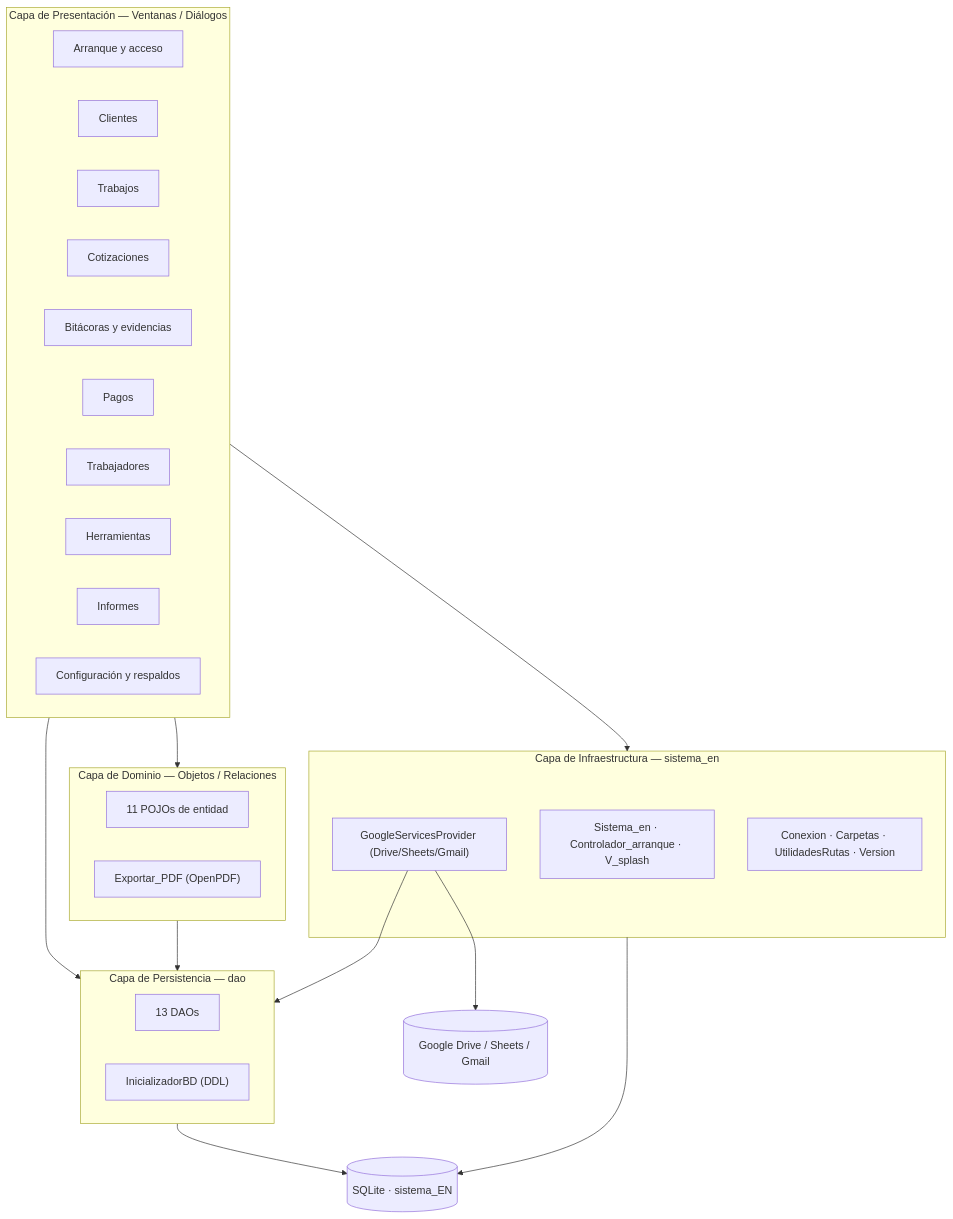
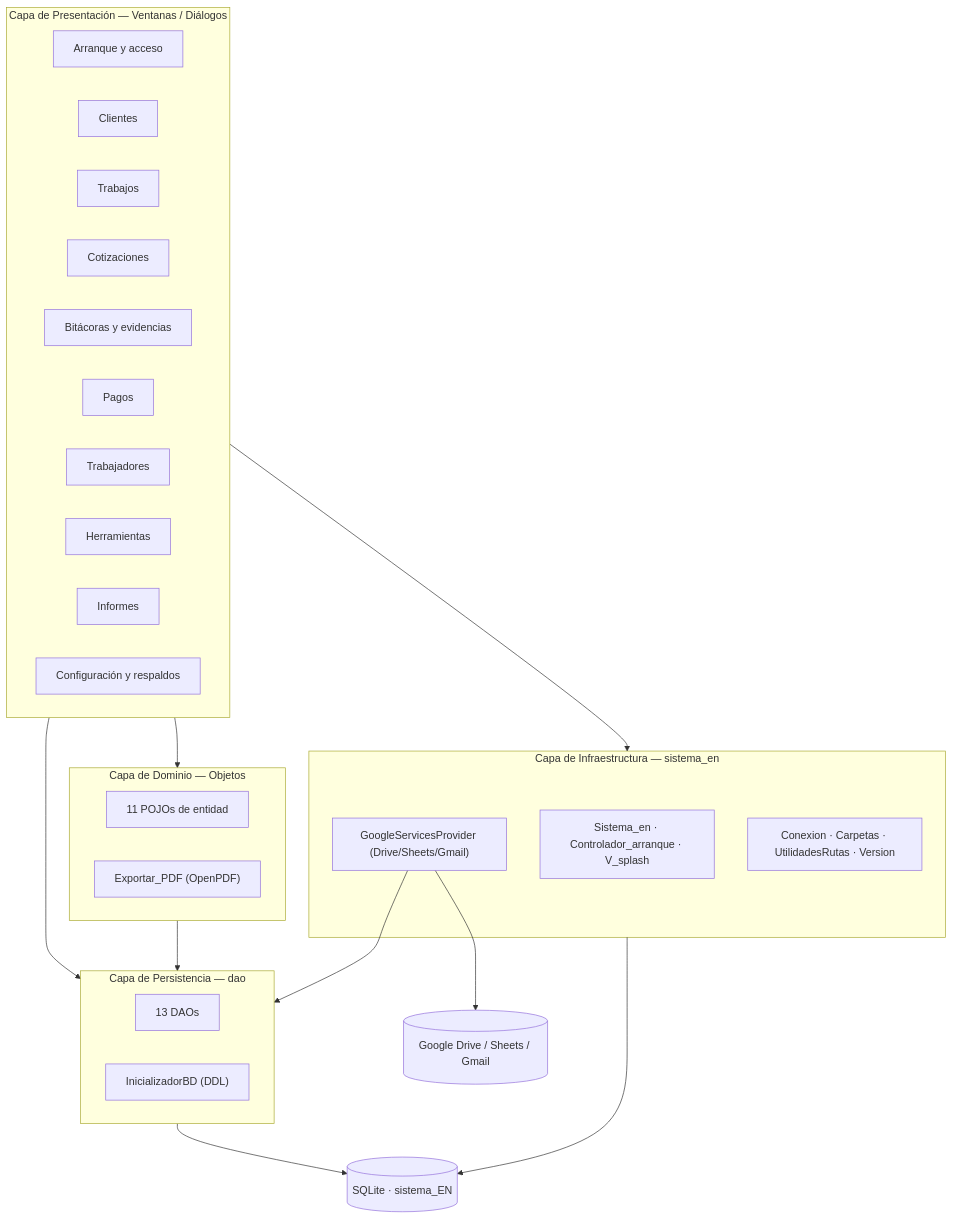
Before and after one commit to ares-linux/Sistema_EN: the first of 4 diagrams in MODULOS.md, drawn with Mermaid. The commit also changed other lines of this file and 2 other files, not shown here.

Commit message:
Actualizacion de la documentacion: retiro de stubs de los POJOs y de referencias a Bitacora_Trabajador/Relaciones ya eliminados, version 1.0.20 y 38 dependencias

````diff
--- a/MODULOS.md
+++ b/MODULOS.md
@@ -29,44 +29,44 @@
 ```mermaid
 flowchart TB
     subgraph PRES["Capa de Presentación — Ventanas / Diálogos"]
         direction LR
         M0["Arranque y acceso"]
         M1["Clientes"]
         M2["Trabajos"]
         M3["Cotizaciones"]
         M4["Bitácoras y evidencias"]
         M5["Pagos"]
         M6["Trabajadores"]
         M7["Herramientas"]
         M8["Informes"]
         M9["Configuración y respaldos"]
     end
 
-    subgraph DOM["Capa de Dominio — Objetos / Relaciones"]
+    subgraph DOM["Capa de Dominio — Objetos"]
         POJO["11 POJOs de entidad"]
         PDF["Exportar_PDF (OpenPDF)"]
     end
 
     subgraph PERS["Capa de Persistencia — dao"]
         DAO["13 DAOs"]
         INIT["InicializadorBD (DDL)"]
     end
 
     subgraph INFRA["Capa de Infraestructura — sistema_en"]
         MAIN["Sistema_en · Controlador_arranque · V_splash"]
         SERV["GoogleServicesProvider (Drive/Sheets/Gmail)"]
         UTIL["Conexion · Carpetas · UtilidadesRutas · Version"]
     end
 
     DB[("SQLite · sistema_EN")]
     CLOUD[("Google Drive / Sheets / Gmail")]
 
     PRES --> DOM
     PRES --> PERS
     PRES --> INFRA
     DOM --> PERS
     PERS --> DB
     INFRA --> DB
     SERV --> CLOUD
     SERV --> PERS
 ```
````
